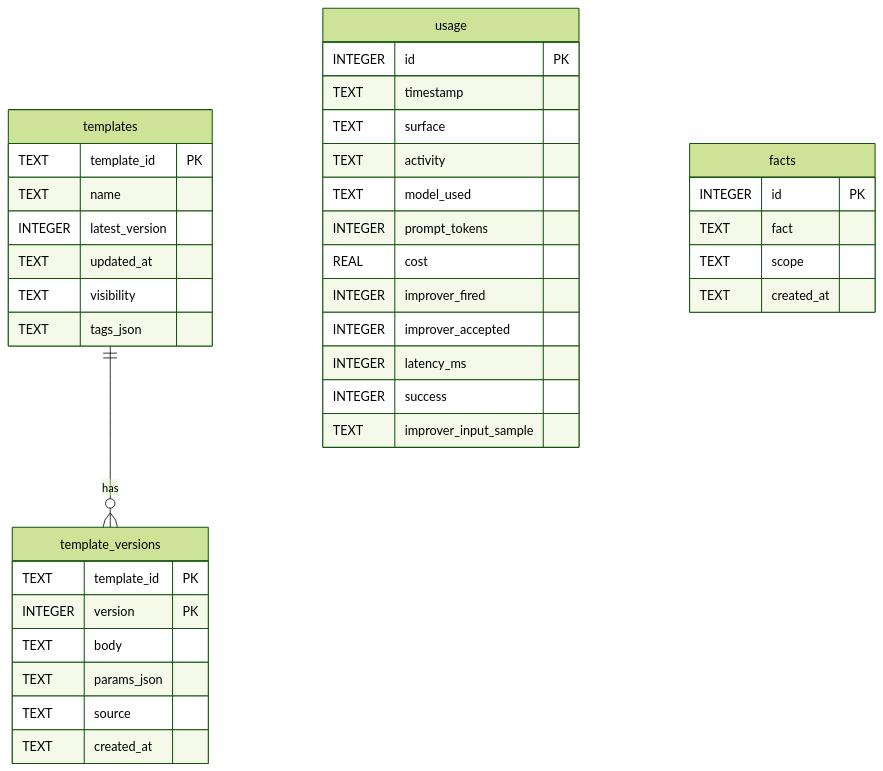
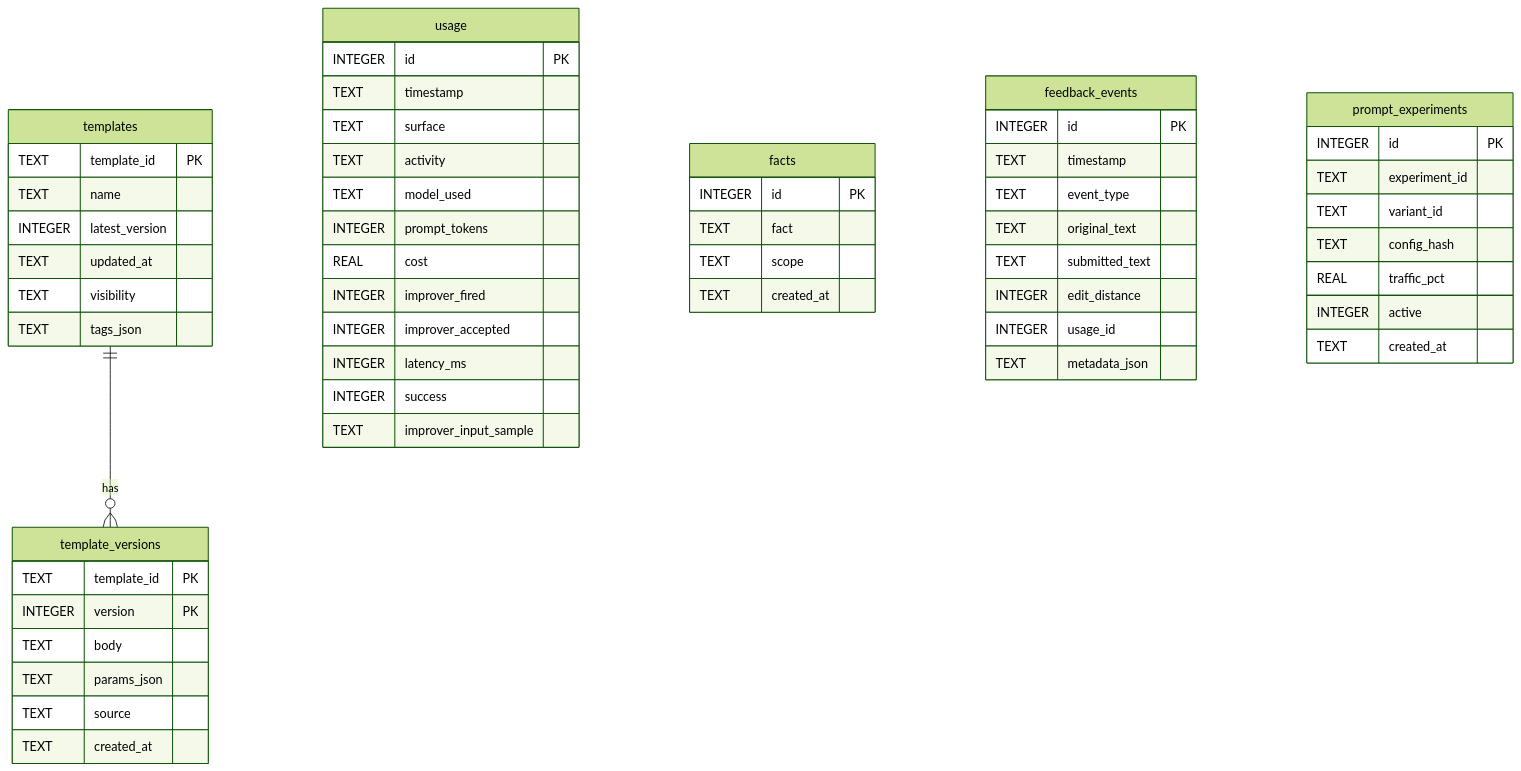
The diagram in docs/database-schema.md (Yann-0/ylang), drawn with Mermaid (forest theme) before and after one commit. The commit also changed other lines of this file and 26 other files, not shown here.

First line of the commit message:
feat(analytics): add prompt usage analytics and optimization (PAO-001–014)

````diff
--- a/docs/database-schema.md
+++ b/docs/database-schema.md
@@ -13,40 +13,59 @@
 ```mermaid
 erDiagram
     templates ||--o{ template_versions : has
     templates {
         TEXT template_id PK
         TEXT name
         INTEGER latest_version
         TEXT updated_at
         TEXT visibility
         TEXT tags_json
     }
     template_versions {
         TEXT template_id PK
         INTEGER version PK
         TEXT body
         TEXT params_json
         TEXT source
         TEXT created_at
     }
     usage {
         INTEGER id PK
         TEXT timestamp
         TEXT surface
         TEXT activity
         TEXT model_used
         INTEGER prompt_tokens
         REAL cost
         INTEGER improver_fired
         INTEGER improver_accepted
         INTEGER latency_ms
         INTEGER success
         TEXT improver_input_sample
     }
     facts {
         INTEGER id PK
         TEXT fact
         TEXT scope
         TEXT created_at
     }
+    feedback_events {
+        INTEGER id PK
+        TEXT timestamp
+        TEXT event_type
+        TEXT original_text
+        TEXT submitted_text
+        INTEGER edit_distance
+        INTEGER usage_id
+        TEXT metadata_json
+    }
+    prompt_experiments {
+        INTEGER id PK
+        TEXT experiment_id
+        TEXT variant_id
+        TEXT config_hash
+        REAL traffic_pct
+        INTEGER active
+        TEXT created_at
+    }
 ```
````
